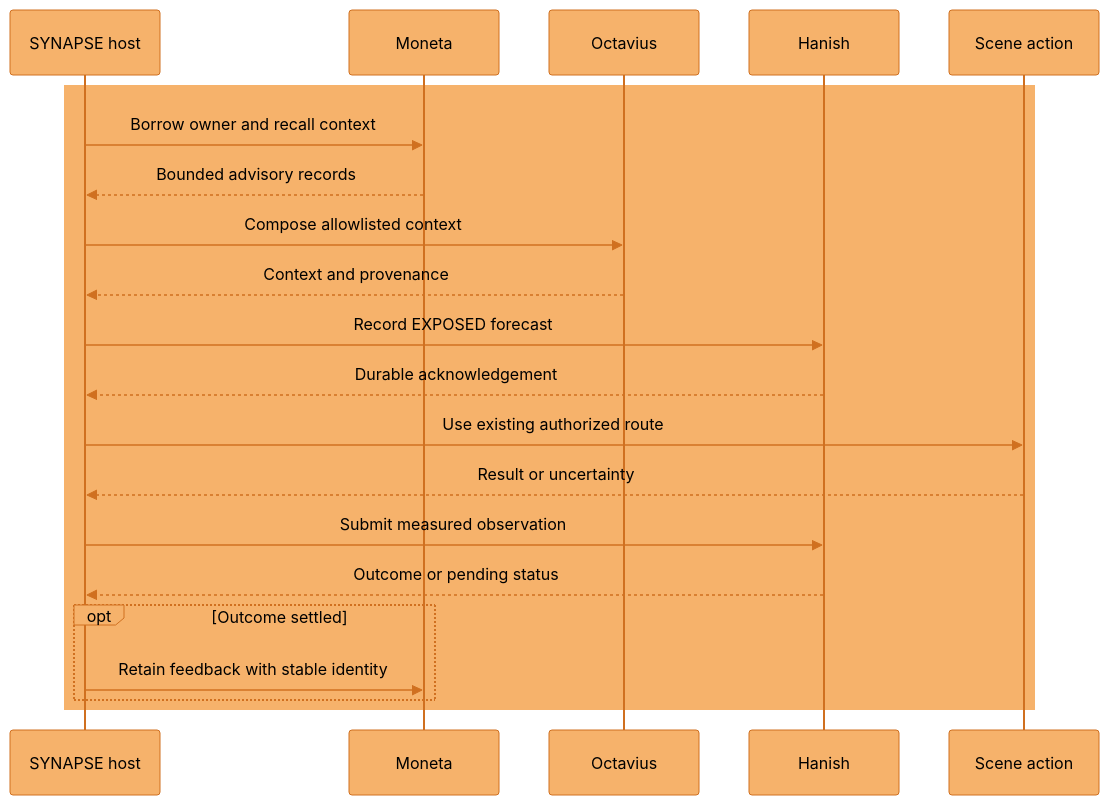
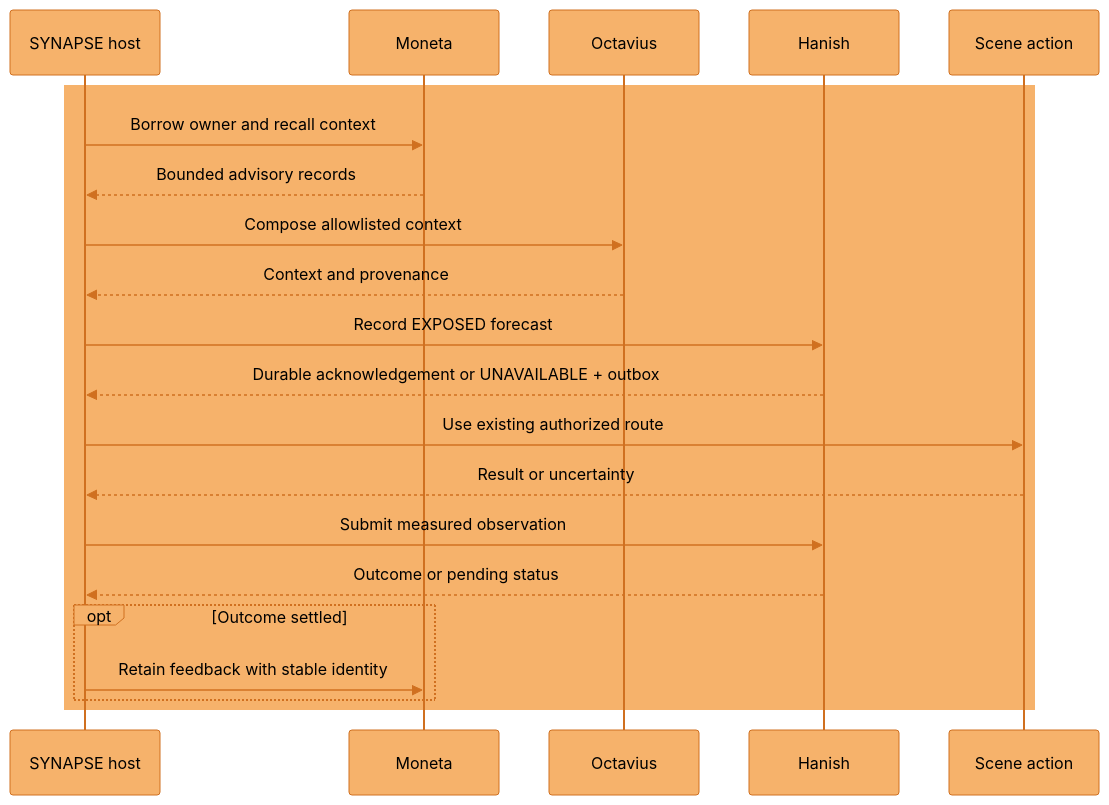
The ninth of 11 diagrams in docs/architecture/overview.md (JosephOIbrahim/Synapse), drawn with Mermaid before and after one commit. The commit also changed other lines of this file and 8 other files, not shown here.

First line of the commit message:
docs: align user guides and diagrams with published 5.97.5

````diff
--- a/docs/architecture/overview.md
+++ b/docs/architecture/overview.md
@@ -275,26 +305,26 @@
 ```mermaid
 %%{init: {'theme':'base','themeVariables':{'primaryColor':'#F6B26B','primaryTextColor':'#000000','primaryBorderColor':'#D07020','lineColor':'#D07020','textColor':'#000000','actorBkg':'#F6B26B','actorBorder':'#D07020','actorTextColor':'#000000','actorLineColor':'#D07020','signalColor':'#D07020','signalTextColor':'#000000','labelBoxBkgColor':'#F6B26B','labelBoxBorderColor':'#D07020','labelTextColor':'#000000','loopTextColor':'#000000','noteBkgColor':'#F6B26B','noteTextColor':'#000000','noteBorderColor':'#D07020'}}}%%
 sequenceDiagram
     accTitle: Optional observation around an existing scene action
-    accDescr: The host borrows memory, composes context and records a forecast before the authorized action. It then records the result and retains settled feedback. Missing evidence remains unknown.
+    accDescr: The host borrows memory and composes context around an existing authorized action. Hanish can acknowledge a forecast or report UNAVAILABLE with a retained outbox. The observer does not make an absent acknowledgement into a completed write or grant scene permission. Terminal evidence can remain pending; only settled feedback is retained as settled.
     participant Host as SYNAPSE host
     participant M as Moneta
     participant O as Octavius
     participant H as Hanish
     participant S as Scene action
     rect rgb(246, 178, 107)
         Host->>M: Borrow owner and recall context
         M-->>Host: Bounded advisory records
         Host->>O: Compose allowlisted context
         O-->>Host: Context and provenance
         Host->>H: Record EXPOSED forecast
-        H-->>Host: Durable acknowledgement
+        H-->>Host: Durable acknowledgement or UNAVAILABLE + outbox
         Host->>S: Use existing authorized route
         S-->>Host: Result or uncertainty
         Host->>H: Submit measured observation
         H-->>Host: Outcome or pending status
         opt Outcome settled
             Host->>M: Retain feedback with stable identity
         end
     end
 ```
````
